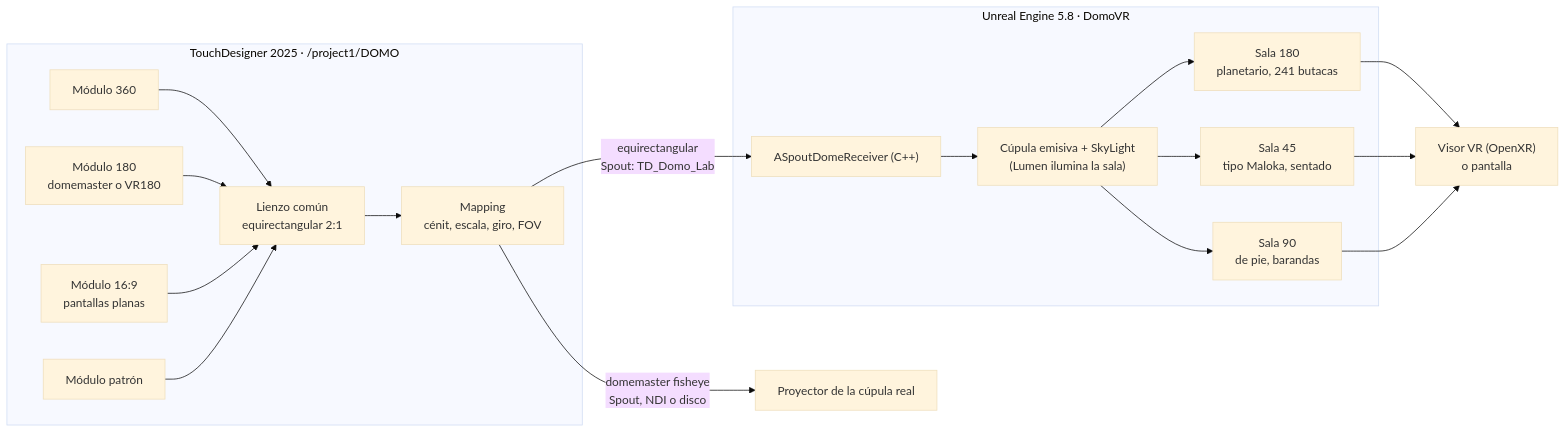
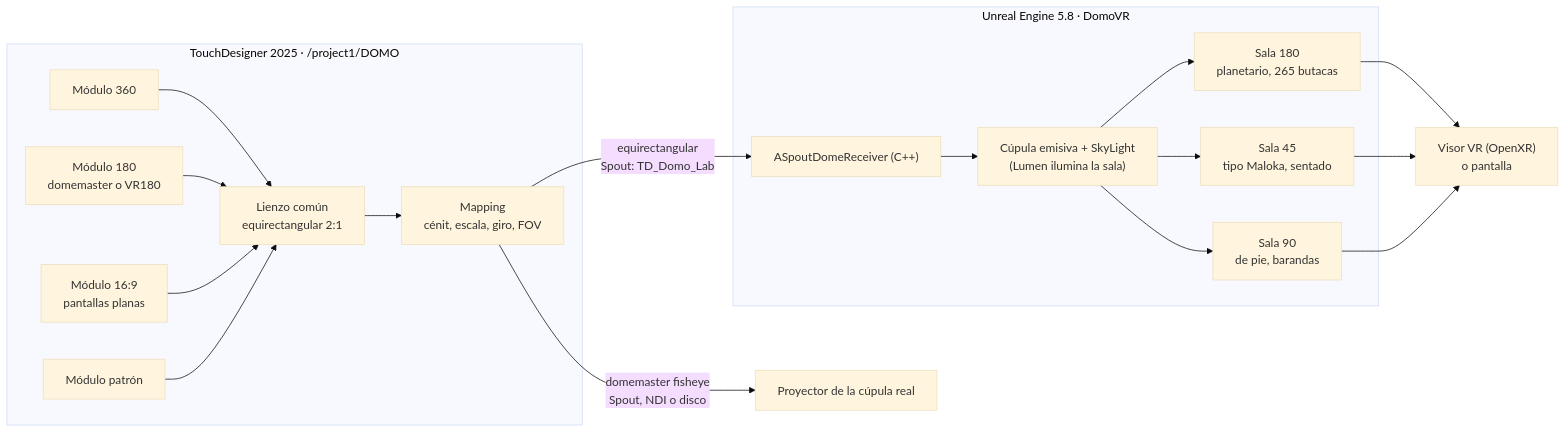
The diagram in README.md (Danvegamo/domo-lab), drawn with Mermaid (base theme) before and after one commit. The commit also changed other lines of this file and 74 other files, not shown here.

````diff
--- a/README.md
+++ b/README.md
@@ -46,27 +46,27 @@
 ```mermaid
 flowchart LR
     subgraph TD["TouchDesigner 2025 · /project1/DOMO"]
         M360["Módulo 360"]
         M180["Módulo 180<br/>domemaster o VR180"]
         M169["Módulo 16:9<br/>pantallas planas"]
         PAT["Módulo patrón"]
         EQ["Lienzo común<br/>equirectangular 2:1"]
         MAP["Mapping<br/>cénit, escala, giro, FOV"]
         M360 --> EQ
         M180 --> EQ
         M169 --> EQ
         PAT --> EQ
         EQ --> MAP
     end
     MAP -->|"domemaster fisheye<br/>Spout, NDI o disco"| PROY["Proyector de la cúpula real"]
     MAP -->|"equirectangular<br/>Spout: TD_Domo_Lab"| RX["ASpoutDomeReceiver (C++)"]
     subgraph UE["Unreal Engine 5.8 · DomoVR"]
         RX --> DOMO["Cúpula emisiva + SkyLight<br/>(Lumen ilumina la sala)"]
-        DOMO --> S180["Sala 180<br/>planetario, 241 butacas"]
+        DOMO --> S180["Sala 180<br/>planetario, 265 butacas"]
         DOMO --> S45["Sala 45<br/>tipo Maloka, sentado"]
         DOMO --> S90["Sala 90<br/>de pie, barandas"]
     end
     S180 --> VR["Visor VR (OpenXR)<br/>o pantalla"]
     S45 --> VR
     S90 --> VR
 ```
````
